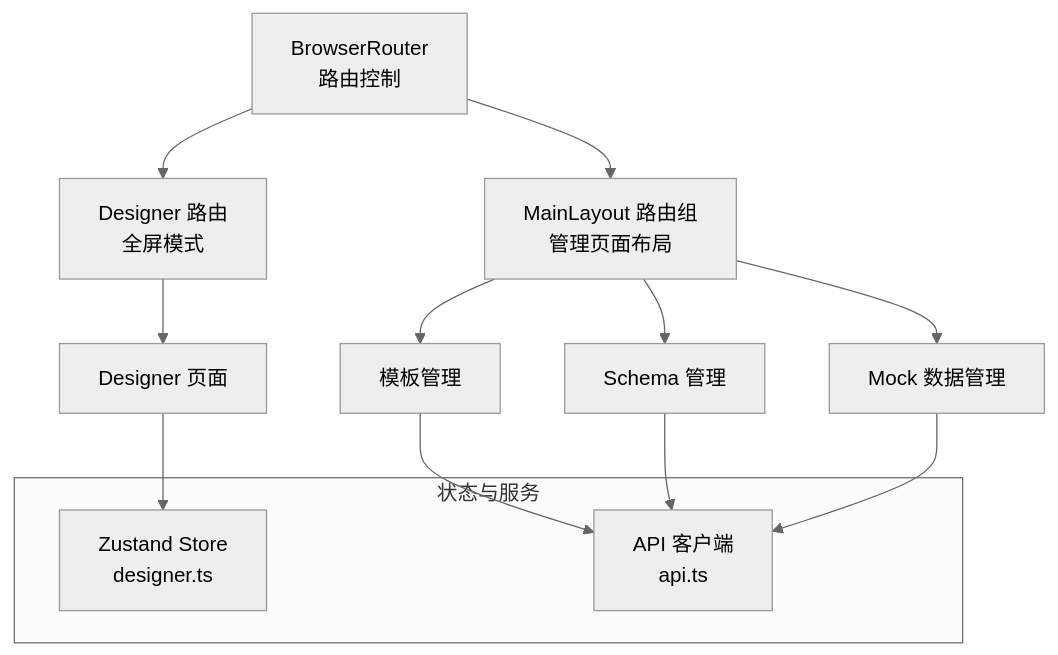
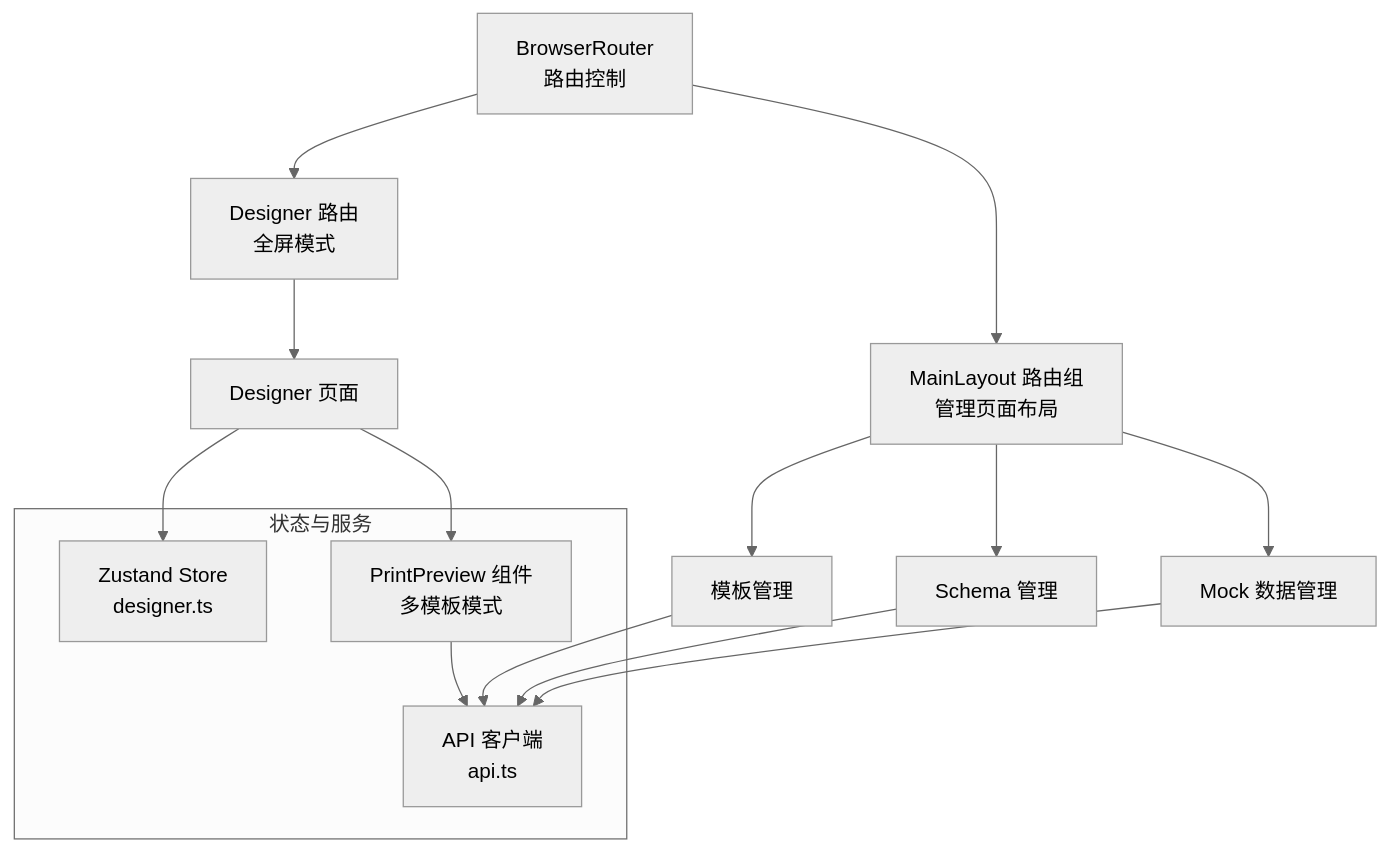
Before and after one commit to joker-yjc/printer: the second of 10 diagrams in .qoder/repowiki/zh/content/设计器前端应用/架构设计.md, drawn with Mermaid (neutral theme). The commit also changed other lines of this file and 4 other files, not shown here.

````diff
--- a/.qoder/repowiki/zh/content/设计器前端应用/架构设计.md
+++ b/.qoder/repowiki/zh/content/设计器前端应用/架构设计.md
@@ -138,17 +149,20 @@
 ```mermaid
 graph TB
 R["BrowserRouter<br/>路由控制"] --> L1["Designer 路由<br/>全屏模式"]
 R --> L2["MainLayout 路由组<br/>管理页面布局"]
 L1 --> P1["Designer 页面"]
 L2 --> P2["模板管理"]
 L2 --> P3["Schema 管理"]
 L2 --> P4["Mock 数据管理"]
 subgraph "状态与服务"
 Z["Zustand Store<br/>designer.ts"]
 S["API 客户端<br/>api.ts"]
+PP["PrintPreview 组件<br/>多模板模式"]
 end
 P1 --> Z
+P1 --> PP
 P2 --> S
 P3 --> S
 P4 --> S
+PP --> S
 ```
````
